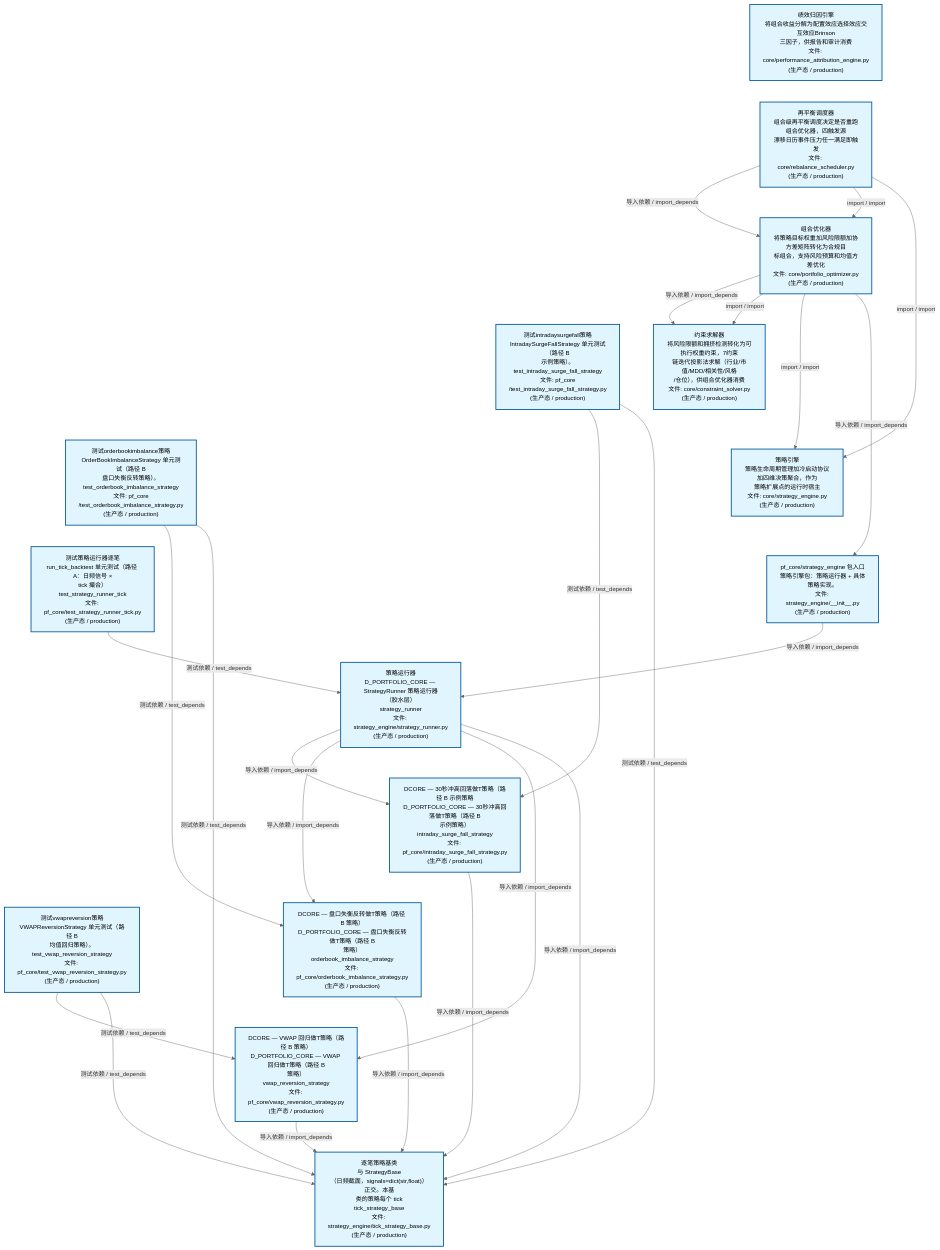
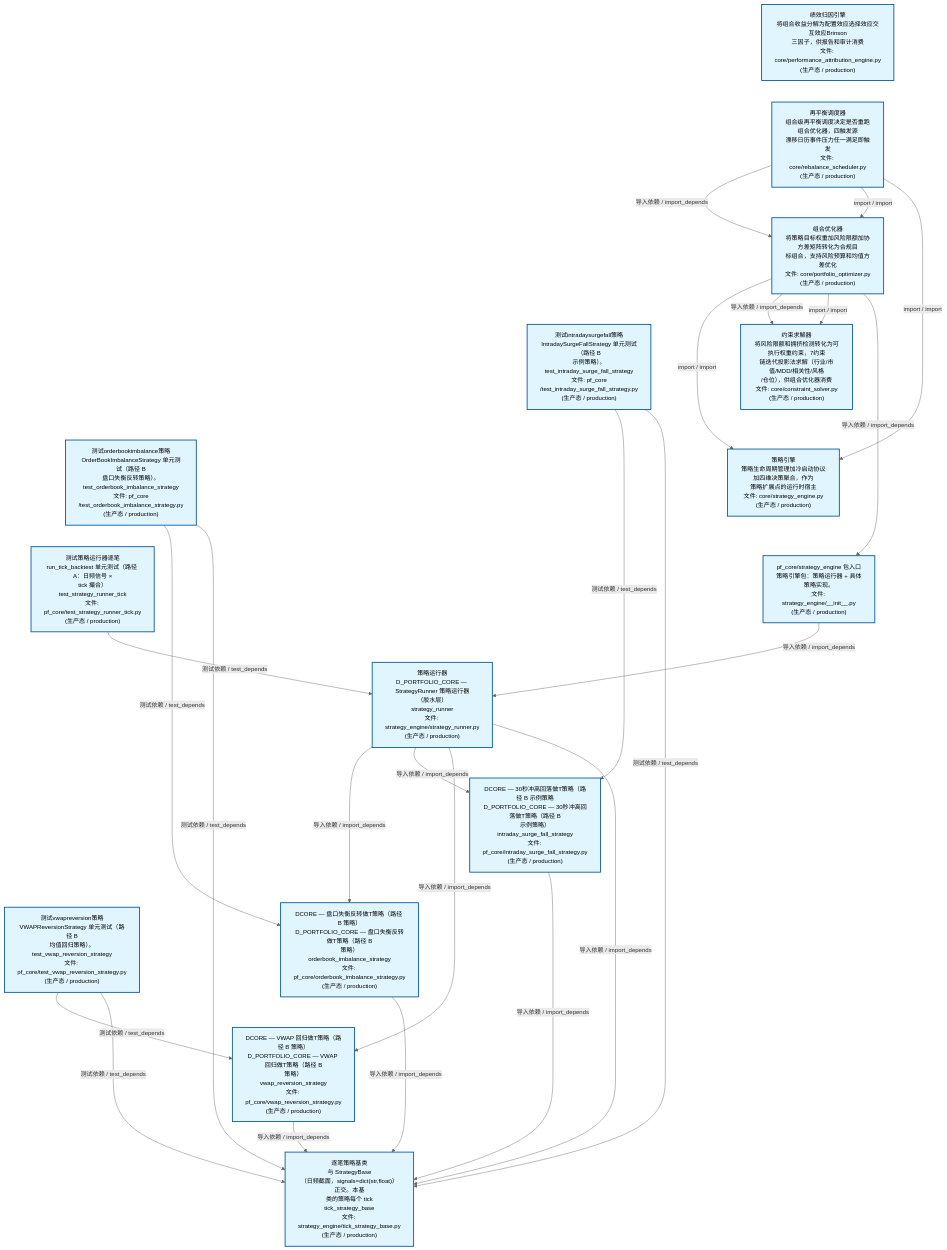
One commit to xuanFelixVan/ZephyrAlpha changed the second of 4 diagrams in docs/02_enterprise_architecture/02_domain_architecture_docs/63_d_pf_core.md. Above: the diagram before and after it, drawn with Mermaid. The commit also changed other lines of this file and 39 other files, not shown here.

````diff
--- a/docs/02_enterprise_architecture/02_domain_architecture_docs/63_d_pf_core.md
+++ b/docs/02_enterprise_architecture/02_domain_architecture_docs/63_d_pf_core.md
@@ -141,55 +141,55 @@
 ```mermaid
 %%{init: {'theme': 'base', 'themeVariables': {'primaryColor': '#eaeaea', 'primaryTextColor': '#333333', 'primaryBorderColor': '#666666', 'lineColor': '#666666', 'secondaryColor': '#eaeaea', 'tertiaryColor': '#eaeaea', 'fontSize': '14px'}}}%%
 flowchart TD
     src_zephyr_pf_core_core_performance_attribution_engine_py["绩效归因引擎<br/>将组合收益分解为配置效应选择效应交互效应Brinson<br/>三因子，供报告和审计消费<br/>文件: core/performance_attribution_engine.py<br/>(生产态 / production)"]
     src_zephyr_pf_core_core_rebalance_scheduler_py["再平衡调度器<br/>组合级再平衡调度决定是否重跑组合优化器，四触发源<br/>漂移日历事件压力任一满足即触发<br/>文件: core/rebalance_scheduler.py<br/>(生产态 / production)"]
     tests_pf_core_test_intraday_surge_fall_strategy_py["测试intradaysurgefall策略<br/>IntradaySurgeFallStrategy 单元测试（路径 B<br/>示例策略）。<br/>test_intraday_surge_fall_strategy<br/>文件: pf_core<br/>/test_intraday_surge_fall_strategy.py<br/>(生产态 / production)"]
     tests_pf_core_test_orderbook_imbalance_strategy_py["测试orderbookimbalance策略<br/>OrderBookImbalanceStrategy 单元测试（路径 B<br/>盘口失衡反转策略）。<br/>test_orderbook_imbalance_strategy<br/>文件: pf_core<br/>/test_orderbook_imbalance_strategy.py<br/>(生产态 / production)"]
     tests_pf_core_test_strategy_runner_tick_py["测试策略运行器逐笔<br/>run_tick_backtest 单元测试（路径 A：日频信号 ×<br/>tick 撮合）<br/>test_strategy_runner_tick<br/>文件: pf_core/test_strategy_runner_tick.py<br/>(生产态 / production)"]
     tests_pf_core_test_vwap_reversion_strategy_py["测试vwapreversion策略<br/>VWAPReversionStrategy 单元测试（路径 B<br/>均值回归策略）。<br/>test_vwap_reversion_strategy<br/>文件: pf_core/test_vwap_reversion_strategy.py<br/>(生产态 / production)"]
     src_zephyr_pf_core_core_performance_attribution_engine_py ~~~ src_zephyr_pf_core_core_rebalance_scheduler_py
     src_zephyr_pf_core_core_rebalance_scheduler_py ~~~ tests_pf_core_test_intraday_surge_fall_strategy_py
     tests_pf_core_test_intraday_surge_fall_strategy_py ~~~ tests_pf_core_test_orderbook_imbalance_strategy_py
     tests_pf_core_test_orderbook_imbalance_strategy_py ~~~ tests_pf_core_test_strategy_runner_tick_py
     tests_pf_core_test_strategy_runner_tick_py ~~~ tests_pf_core_test_vwap_reversion_strategy_py
     src_zephyr_pf_core_core_portfolio_optimizer_py["组合优化器<br/>将策略目标权重加风险限额加协方差矩阵转化为合规目<br/>标组合，支持风险预算和均值方差优化<br/>文件: core/portfolio_optimizer.py<br/>(生产态 / production)"]
     src_zephyr_pf_core_core_constraint_solver_py["约束求解器<br/>将风险限额和拥挤检测转化为可执行权重约束，7约束<br/>链迭代投影法求解（行业/市值/MDD/相关性/风格<br/>/仓位），供组合优化器消费<br/>文件: core/constraint_solver.py<br/>(生产态 / production)"]
     src_zephyr_pf_core_core_strategy_engine_py["策略引擎<br/>策略生命周期管理加冷启动协议加四维决策聚合，作为<br/>策略扩展点的运行时宿主<br/>文件: core/strategy_engine.py<br/>(生产态 / production)"]
     src_zephyr_pf_core_strategy_engine_init_py["pf_core/strategy_engine 包入口<br/>策略引擎包：策略运行器 + 具体策略实现。<br/>文件: strategy_engine/__init__.py<br/>(生产态 / production)"]
     src_zephyr_pf_core_core_constraint_solver_py ~~~ src_zephyr_pf_core_core_strategy_engine_py
     src_zephyr_pf_core_core_strategy_engine_py ~~~ src_zephyr_pf_core_strategy_engine_init_py
     src_zephyr_pf_core_strategy_engine_strategy_runner_py["策略运行器<br/>D_PORTFOLIO_CORE — StrategyRunner 策略运行器<br/>（胶水层）<br/>strategy_runner<br/>文件: strategy_engine/strategy_runner.py<br/>(生产态 / production)"]
     src_zephyr_pf_core_intraday_surge_fall_strategy_py["DCORE — 30秒冲高回落做T策略（路径 B 示例策略<br/>D_PORTFOLIO_CORE — 30秒冲高回落做T策略（路径 B<br/>示例策略）<br/>intraday_surge_fall_strategy<br/>文件: pf_core/intraday_surge_fall_strategy.py<br/>(生产态 / production)"]
     src_zephyr_pf_core_orderbook_imbalance_strategy_py["DCORE — 盘口失衡反转做T策略（路径 B 策略）<br/>D_PORTFOLIO_CORE — 盘口失衡反转做T策略（路径 B<br/>策略）<br/>orderbook_imbalance_strategy<br/>文件: pf_core/orderbook_imbalance_strategy.py<br/>(生产态 / production)"]
     src_zephyr_pf_core_vwap_reversion_strategy_py["DCORE — VWAP 回归做T策略（路径 B 策略）<br/>D_PORTFOLIO_CORE — VWAP 回归做T策略（路径 B<br/>策略）<br/>vwap_reversion_strategy<br/>文件: pf_core/vwap_reversion_strategy.py<br/>(生产态 / production)"]
     src_zephyr_pf_core_intraday_surge_fall_strategy_py ~~~ src_zephyr_pf_core_orderbook_imbalance_strategy_py
     src_zephyr_pf_core_orderbook_imbalance_strategy_py ~~~ src_zephyr_pf_core_vwap_reversion_strategy_py
     src_zephyr_pf_core_strategy_engine_tick_strategy_base_py["逐笔策略基类<br/>与 StrategyBase<br/>（日频截面，signals=dict(str,float)）正交。本基<br/>类的策略每个 tick<br/>tick_strategy_base<br/>文件: strategy_engine/tick_strategy_base.py<br/>(生产态 / production)"]
+    src_zephyr_pf_core_orderbook_imbalance_strategy_py -->|导入依赖 / import_depends| src_zephyr_pf_core_strategy_engine_tick_strategy_base_py
     src_zephyr_pf_core_intraday_surge_fall_strategy_py -->|导入依赖 / import_depends| src_zephyr_pf_core_strategy_engine_tick_strategy_base_py
-    src_zephyr_pf_core_orderbook_imbalance_strategy_py -->|导入依赖 / import_depends| src_zephyr_pf_core_strategy_engine_tick_strategy_base_py
-    src_zephyr_pf_core_vwap_reversion_strategy_py -->|导入依赖 / import_depends| src_zephyr_pf_core_strategy_engine_tick_strategy_base_py
+    src_zephyr_pf_core_core_portfolio_optimizer_py -->|import / import| src_zephyr_pf_core_core_strategy_engine_py
     src_zephyr_pf_core_core_portfolio_optimizer_py -->|导入依赖 / import_depends| src_zephyr_pf_core_core_constraint_solver_py
     src_zephyr_pf_core_core_portfolio_optimizer_py -->|import / import| src_zephyr_pf_core_core_constraint_solver_py
-    src_zephyr_pf_core_core_portfolio_optimizer_py -->|import / import| src_zephyr_pf_core_core_strategy_engine_py
     src_zephyr_pf_core_core_portfolio_optimizer_py -->|导入依赖 / import_depends| src_zephyr_pf_core_strategy_engine_init_py
+    src_zephyr_pf_core_vwap_reversion_strategy_py -->|导入依赖 / import_depends| src_zephyr_pf_core_strategy_engine_tick_strategy_base_py
     src_zephyr_pf_core_core_rebalance_scheduler_py -->|导入依赖 / import_depends| src_zephyr_pf_core_core_portfolio_optimizer_py
     src_zephyr_pf_core_core_rebalance_scheduler_py -->|import / import| src_zephyr_pf_core_core_portfolio_optimizer_py
     src_zephyr_pf_core_core_rebalance_scheduler_py -->|import / import| src_zephyr_pf_core_core_strategy_engine_py
+    src_zephyr_pf_core_strategy_engine_strategy_runner_py -->|导入依赖 / import_depends| src_zephyr_pf_core_orderbook_imbalance_strategy_py
     src_zephyr_pf_core_strategy_engine_strategy_runner_py -->|导入依赖 / import_depends| src_zephyr_pf_core_intraday_surge_fall_strategy_py
-    src_zephyr_pf_core_strategy_engine_strategy_runner_py -->|导入依赖 / import_depends| src_zephyr_pf_core_orderbook_imbalance_strategy_py
     src_zephyr_pf_core_strategy_engine_strategy_runner_py -->|导入依赖 / import_depends| src_zephyr_pf_core_vwap_reversion_strategy_py
     src_zephyr_pf_core_strategy_engine_strategy_runner_py -->|导入依赖 / import_depends| src_zephyr_pf_core_strategy_engine_tick_strategy_base_py
     src_zephyr_pf_core_strategy_engine_init_py -->|导入依赖 / import_depends| src_zephyr_pf_core_strategy_engine_strategy_runner_py
     tests_pf_core_test_intraday_surge_fall_strategy_py -->|测试依赖 / test_depends| src_zephyr_pf_core_intraday_surge_fall_strategy_py
     tests_pf_core_test_intraday_surge_fall_strategy_py -->|测试依赖 / test_depends| src_zephyr_pf_core_strategy_engine_tick_strategy_base_py
     tests_pf_core_test_orderbook_imbalance_strategy_py -->|测试依赖 / test_depends| src_zephyr_pf_core_orderbook_imbalance_strategy_py
     tests_pf_core_test_orderbook_imbalance_strategy_py -->|测试依赖 / test_depends| src_zephyr_pf_core_strategy_engine_tick_strategy_base_py
     tests_pf_core_test_strategy_runner_tick_py -->|测试依赖 / test_depends| src_zephyr_pf_core_strategy_engine_strategy_runner_py
     tests_pf_core_test_vwap_reversion_strategy_py -->|测试依赖 / test_depends| src_zephyr_pf_core_vwap_reversion_strategy_py
     tests_pf_core_test_vwap_reversion_strategy_py -->|测试依赖 / test_depends| src_zephyr_pf_core_strategy_engine_tick_strategy_base_py
     classDef production fill:#e1f5fe,stroke:#01579b,stroke-width:2px,color:#000
     classDef design fill:#fff3e0,stroke:#e65100,stroke-width:2px,color:#000,stroke-dasharray: 5 5
     classDef external_prod fill:#e8f4fd,stroke:#0277bd,stroke-width:1px,color:#000
     classDef external_design fill:#fff8e7,stroke:#ef6c00,stroke-width:1px,color:#000,stroke-dasharray: 5 5
     class src_zephyr_pf_core_core_constraint_solver_py,src_zephyr_pf_core_core_performance_attribution_engine_py,src_zephyr_pf_core_core_portfolio_optimizer_py,src_zephyr_pf_core_core_rebalance_scheduler_py,src_zephyr_pf_core_core_strategy_engine_py,src_zephyr_pf_core_intraday_surge_fall_strategy_py,src_zephyr_pf_core_orderbook_imbalance_strategy_py,src_zephyr_pf_core_strategy_engine_init_py,src_zephyr_pf_core_strategy_engine_strategy_runner_py,src_zephyr_pf_core_strategy_engine_tick_strategy_base_py,src_zephyr_pf_core_vwap_reversion_strategy_py,tests_pf_core_test_intraday_surge_fall_strategy_py,tests_pf_core_test_orderbook_imbalance_strategy_py,tests_pf_core_test_strategy_runner_tick_py,tests_pf_core_test_vwap_reversion_strategy_py production
 ```
````
